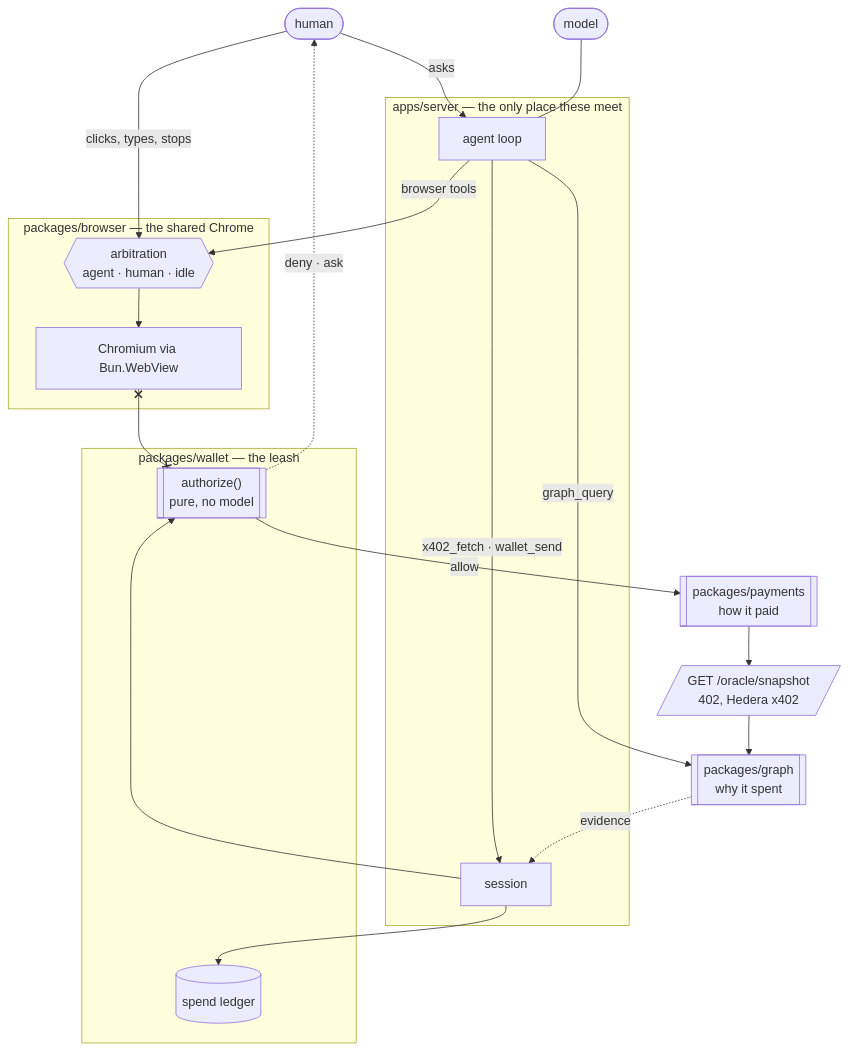
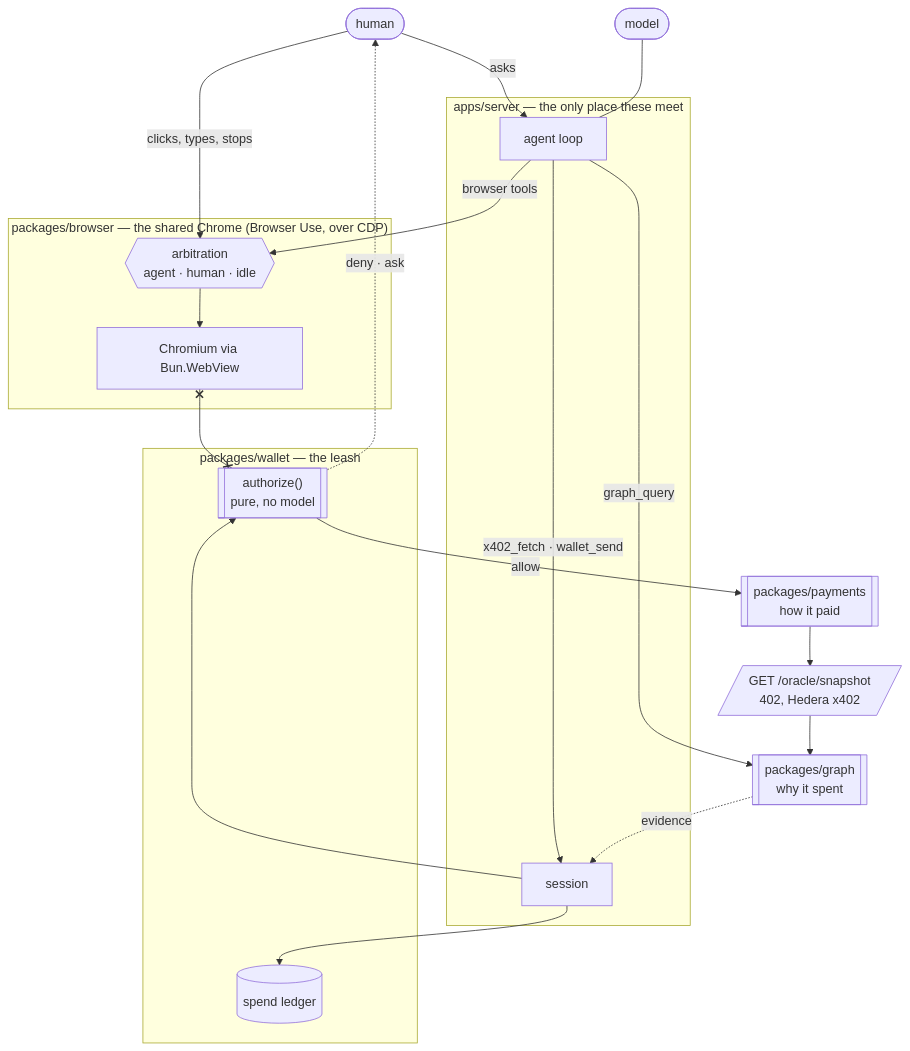
One commit to grmkris/Froggy-ETHOnline2026 changed the diagram in README.md. Above: the diagram before and after it, drawn with Mermaid. The commit also changed other lines of this file and 18 other files, not shown here.

````diff
--- a/README.md
+++ b/README.md
@@ -54,41 +54,41 @@
 ```mermaid
 flowchart TB
   human([human])
   model([model])
 
-  subgraph browser["packages/browser — the shared Chrome"]
+  subgraph browser["packages/browser — the shared Chrome (Browser Use, over CDP)"]
     chrome[Chromium via Bun.WebView]
     arb{{"arbitration<br/>agent · human · idle"}}
   end
 
   subgraph server["apps/server — the only place these meet"]
     loop[agent loop]
     session[session]
   end
 
   subgraph leash["packages/wallet — the leash"]
     policy[["authorize()<br/>pure, no model"]]
     ledger[(spend ledger)]
   end
 
   thegraph[["packages/graph<br/>why it spent"]]
   pay[["packages/payments<br/>how it paid"]]
   oracle[/"GET /oracle/snapshot<br/>402, Hedera x402"/]
 
   human -->|clicks, types, stops| arb
   human -->|asks| loop
   arb --> chrome
   loop -->|browser tools| arb
   loop -->|graph_query| thegraph
   loop -->|"x402_fetch · wallet_send"| session
   session --> policy
   policy -->|allow| pay
   policy -.->|"deny · ask"| human
   session --> ledger
   thegraph -.->|evidence| session
   pay --> oracle
   oracle --> thegraph
   model --- loop
 
   chrome x--x policy
 ```
````
